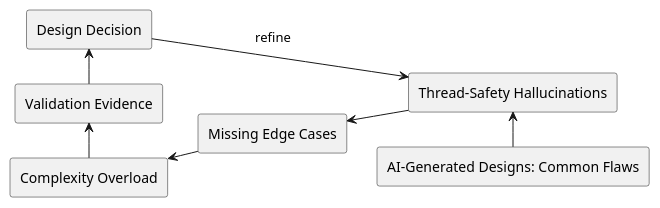
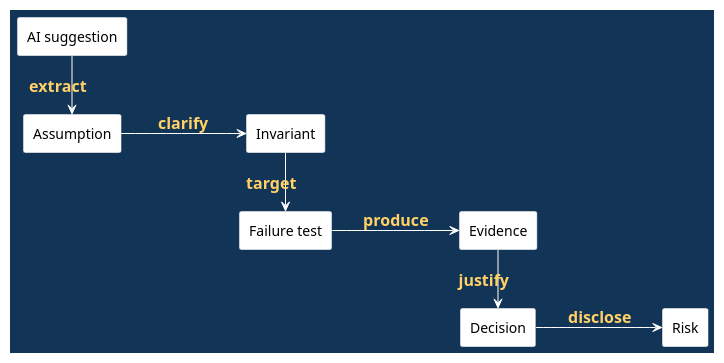
Before and after one commit to madajaju/CS5254: diagram 12 of 12 in doc/lectures/week4/ai_design_flaws/README.slides.adoc, drawn with PlantUML. The commit also changed other lines of this file and 62 other files, not shown here.

```diff
--- a/doc/lectures/week4/ai_design_flaws/README.slides.adoc
+++ b/doc/lectures/week4/ai_design_flaws/README.slides.adoc
@@ -63,22 +480,33 @@
-[plantuml, target=architecture, format=svg, width=80%]
+[plantuml,width=100%]
 ----
 @startuml
-skinparam monochrome true
+skinparam BackgroundColor #123456
+skinparam DefaultFontColor white
+skinparam ArrowColor white
+skinparam ArrowFontColor #ffd166
+skinparam ArrowFontStyle bold
+skinparam ArrowFontSize 16
 skinparam shadowing false
+skinparam rectangle {
+  BackgroundColor white
+  FontColor black
+  BorderColor #123456
+}
 left to right direction
 
-rectangle "AI-Generated Designs: Common Flaws" as Topic
-rectangle "Thread-Safety Hallucinations" as A
-rectangle "Missing Edge Cases" as B
-rectangle "Complexity Overload" as C
-rectangle "Validation Evidence" as V
-rectangle "Design Decision" as D
+rectangle "AI suggestion" as AI
+rectangle "Assumption" as A
+rectangle "Invariant" as I
+rectangle "Failure test" as F
+rectangle "Evidence" as E
+rectangle "Decision" as D
+rectangle "Risk" as R
 
-Topic -left-> A
-A -left-> B
-B -left-> C
-C -left-> V
-V -left-> D
-D -down-> A : refine
+AI -> A : extract
+A --> I : clarify
+I -> F : target
+F --> E : produce
+E -> D : justify
+D --> R : disclose
 @enduml
 ----
```
